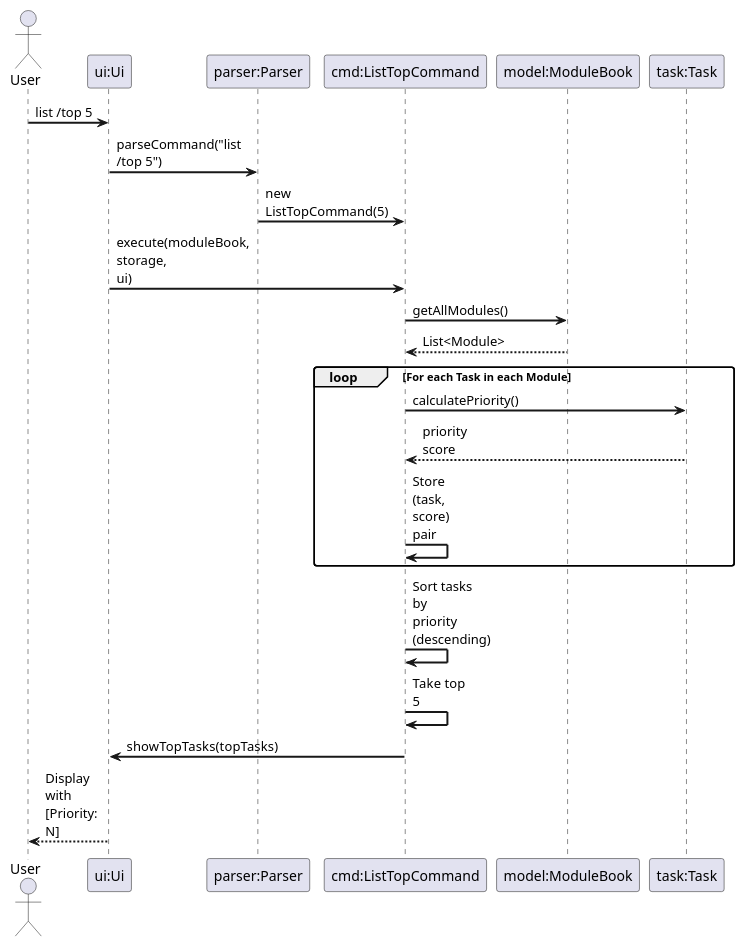
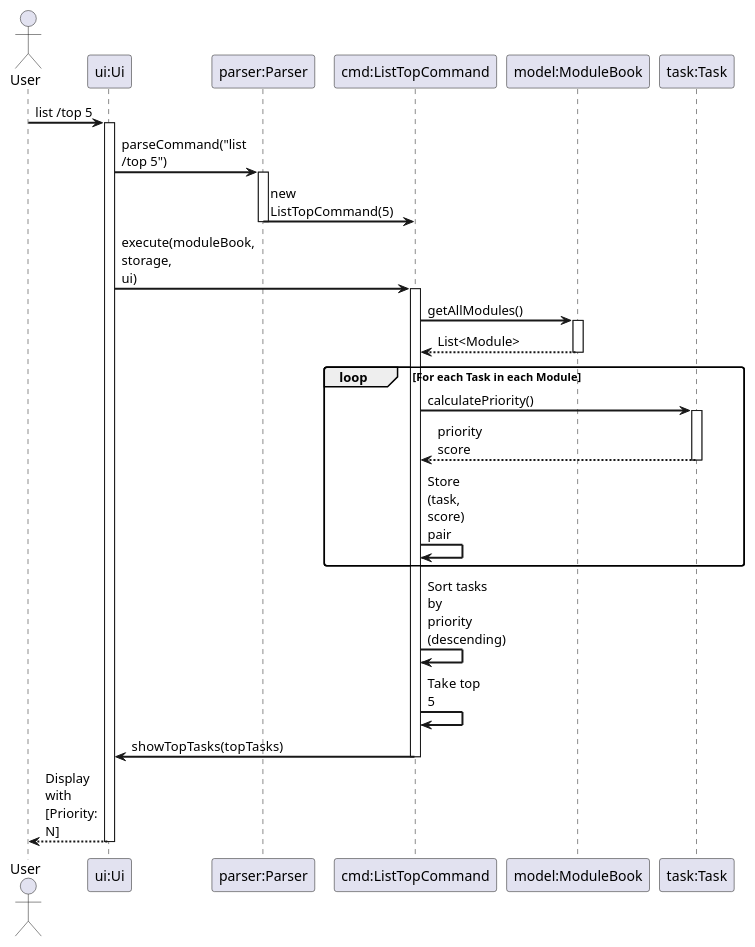
One commit to heeelol/tp changed the diagram in docs/diagrams/ListTopTasksSequenceDiagram.puml. Above: the diagram before and after it, drawn with PlantUML. The commit also changed 9 other files, not shown here.

First line of the commit message:
docs: Add PNG files for new sequence diagrams

```diff
--- a/docs/diagrams/ListTopTasksSequenceDiagram.puml
+++ b/docs/diagrams/ListTopTasksSequenceDiagram.puml
@@ -1,34 +1,47 @@
 @startuml ListTopTasksSequenceDiagram
 
 skinparam sequenceArrowThickness 2
 skinparam roundcorner 5
 skinparam maxmessagesize 60
 
 Actor User as user
 Participant "ui:Ui" as ui
 Participant "parser:Parser" as parser
 Participant "cmd:ListTopCommand" as cmd
 Participant "model:ModuleBook" as model
 Participant "task:Task" as task
 
 user -> ui: list /top 5
+activate ui
+
 ui -> parser: parseCommand("list /top 5")
+activate parser
 parser -> cmd: new ListTopCommand(5)
+deactivate parser
+
 ui -> cmd: execute(moduleBook, storage, ui)
+activate cmd
 
 cmd -> model: getAllModules()
+activate model
 model --> cmd: List<Module>
+deactivate model
 
 loop For each Task in each Module
   cmd -> task: calculatePriority()
+  activate task
   task --> cmd: priority score
+  deactivate task
   cmd -> cmd: Store (task, score) pair
 end
 
 cmd -> cmd: Sort tasks by priority (descending)
 cmd -> cmd: Take top 5
 
 cmd -> ui: showTopTasks(topTasks)
+deactivate cmd
+
 ui --> user: Display with [Priority: N]
+deactivate ui
 
 @enduml
```
